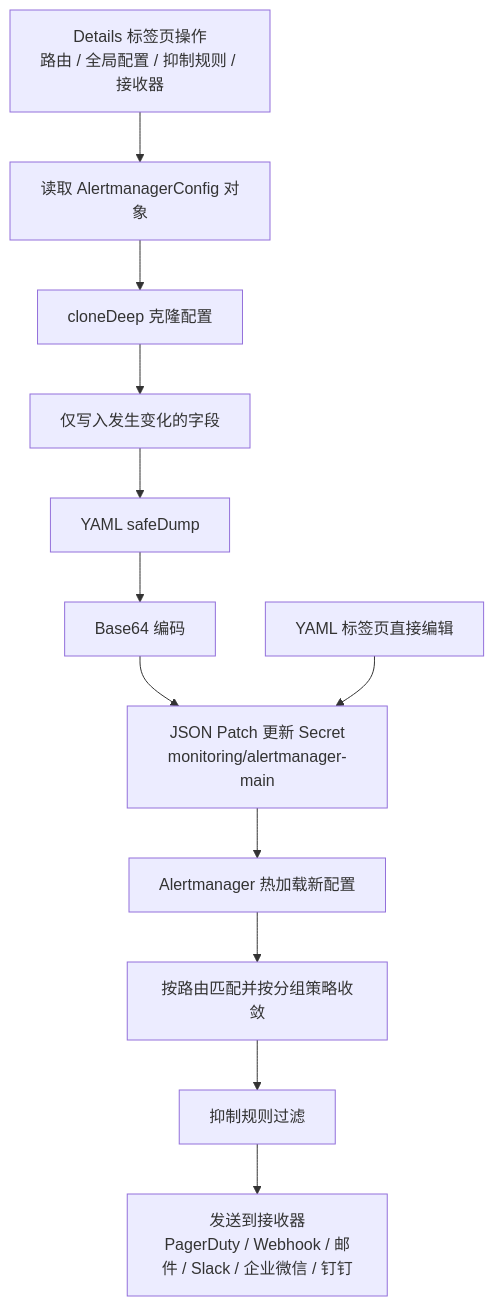
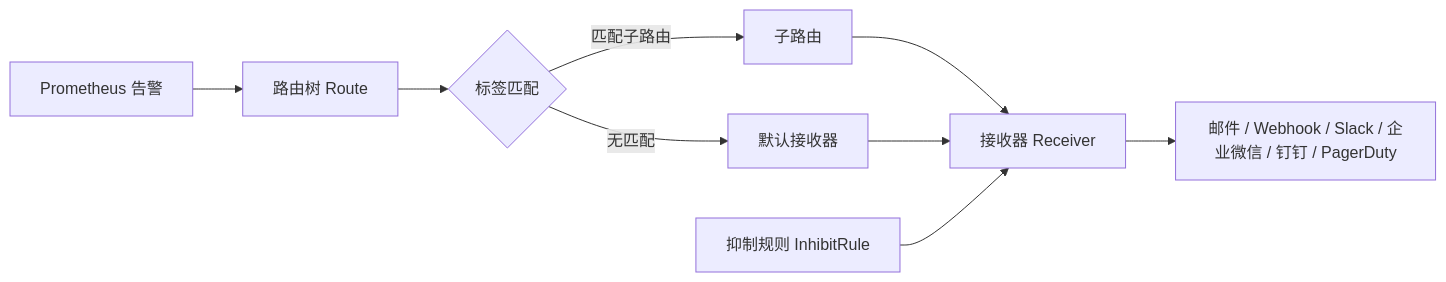
One commit to kube-do/kdo changed the first of 2 diagrams in site-docs/observability/alerting/index.md. Above: the diagram before and after it, drawn with Mermaid. The commit also changed other lines of this file and 1 other file, not shown here.

````diff
--- a/site-docs/observability/alerting/index.md
+++ b/site-docs/observability/alerting/index.md
@@ -103,14 +45,11 @@
 ```mermaid
-flowchart TD
-    A[Details 标签页操作<br/>路由 / 全局配置 / 抑制规则 / 接收器] --> B[读取 AlertmanagerConfig 对象]
-    B --> C[cloneDeep 克隆配置]
-    C --> D[仅写入发生变化的字段]
-    D --> E[YAML safeDump]
-    E --> F[Base64 编码]
-    F --> G[JSON Patch 更新 Secret<br/>monitoring/alertmanager-main]
-    G --> H[Alertmanager 热加载新配置]
-    H --> I[按路由匹配并按分组策略收敛]
-    I --> J[抑制规则过滤]
-    J --> K[发送到接收器<br/>PagerDuty / Webhook / 邮件 / Slack / 企业微信 / 钉钉]
-    L[YAML 标签页直接编辑] --> G
+flowchart LR
+    A[Prometheus 告警] --> B[路由树 Route]
+    B --> C{标签匹配}
+    C -->|匹配子路由| D[子路由]
+    C -->|无匹配| E[默认接收器]
+    D --> F[接收器 Receiver]
+    E --> F
+    F --> G[邮件 / Webhook / Slack / 企业微信 / 钉钉 / PagerDuty]
+    H[抑制规则 InhibitRule] --> F
 ```
````
